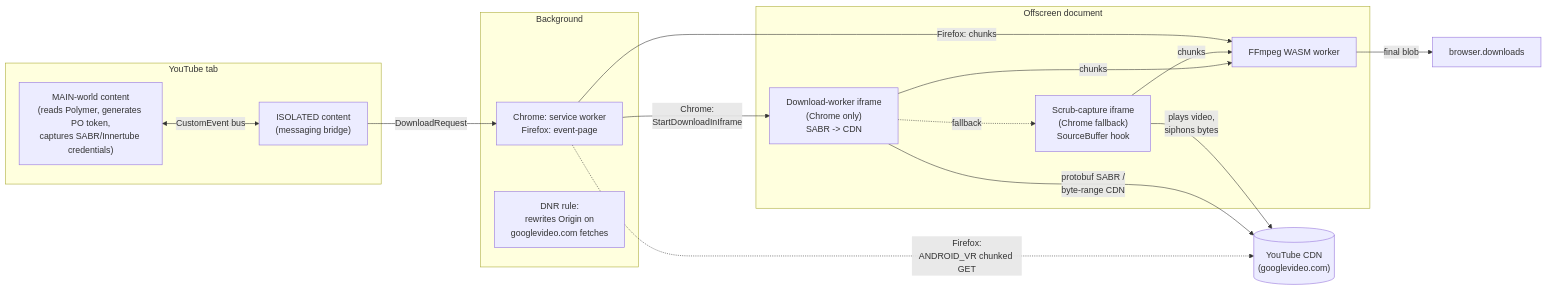
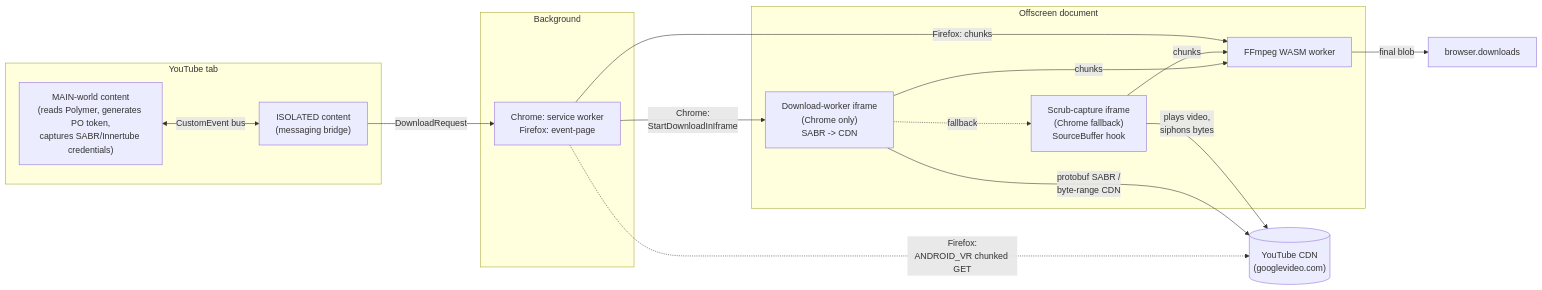
The diagram in ARCHITECTURE.md (avi12/youtube-downloader), drawn with Mermaid before and after one commit.

Commit message:
ARCHITECTURE: drop orphan DNR node from system diagram

````diff
--- a/ARCHITECTURE.md
+++ b/ARCHITECTURE.md
@@ -9,30 +9,29 @@
 ```mermaid
 flowchart LR
     subgraph PageCtx["YouTube tab"]
       Main["MAIN-world content<br/>(reads Polymer, generates PO token,<br/>captures SABR/Innertube credentials)"]
       Iso["ISOLATED content<br/>(messaging bridge)"]
       Main <-->|"CustomEvent bus"| Iso
     end
 
     subgraph BG["Background"]
       SW["Chrome: service worker<br/>Firefox: event-page"]
-      DNR["DNR rule:<br/>rewrites Origin on<br/>googlevideo.com fetches"]
     end
 
     subgraph Off["Offscreen document"]
       Worker["Download-worker iframe<br/>(Chrome only)<br/>SABR -> CDN"]
       Scrub["Scrub-capture iframe<br/>(Chrome fallback)<br/>SourceBuffer hook"]
       Mux["FFmpeg WASM worker"]
     end
 
     Iso -->|"DownloadRequest"| SW
     SW -->|"Chrome:<br/>StartDownloadInIframe"| Worker
     SW -.->|"Firefox:<br/>ANDROID_VR chunked GET"| CDN[("YouTube CDN<br/>(googlevideo.com)")]
     Worker -->|"protobuf SABR /<br/>byte-range CDN"| CDN
     Worker -.->|"fallback"| Scrub
     Scrub -->|"plays video,<br/>siphons bytes"| CDN
     Worker -->|"chunks"| Mux
     Scrub -->|"chunks"| Mux
     SW -->|"Firefox: chunks"| Mux
     Mux -->|"final blob"| Downloads["browser.downloads"]
 ```
````
